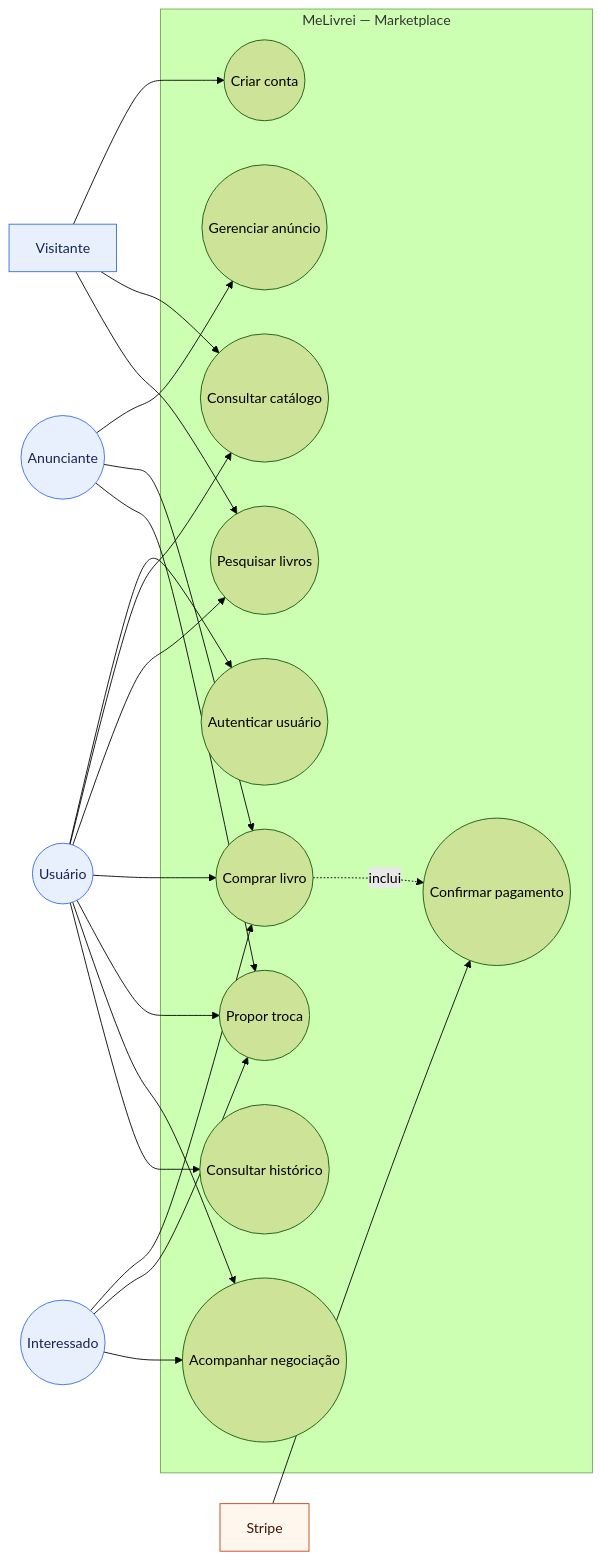
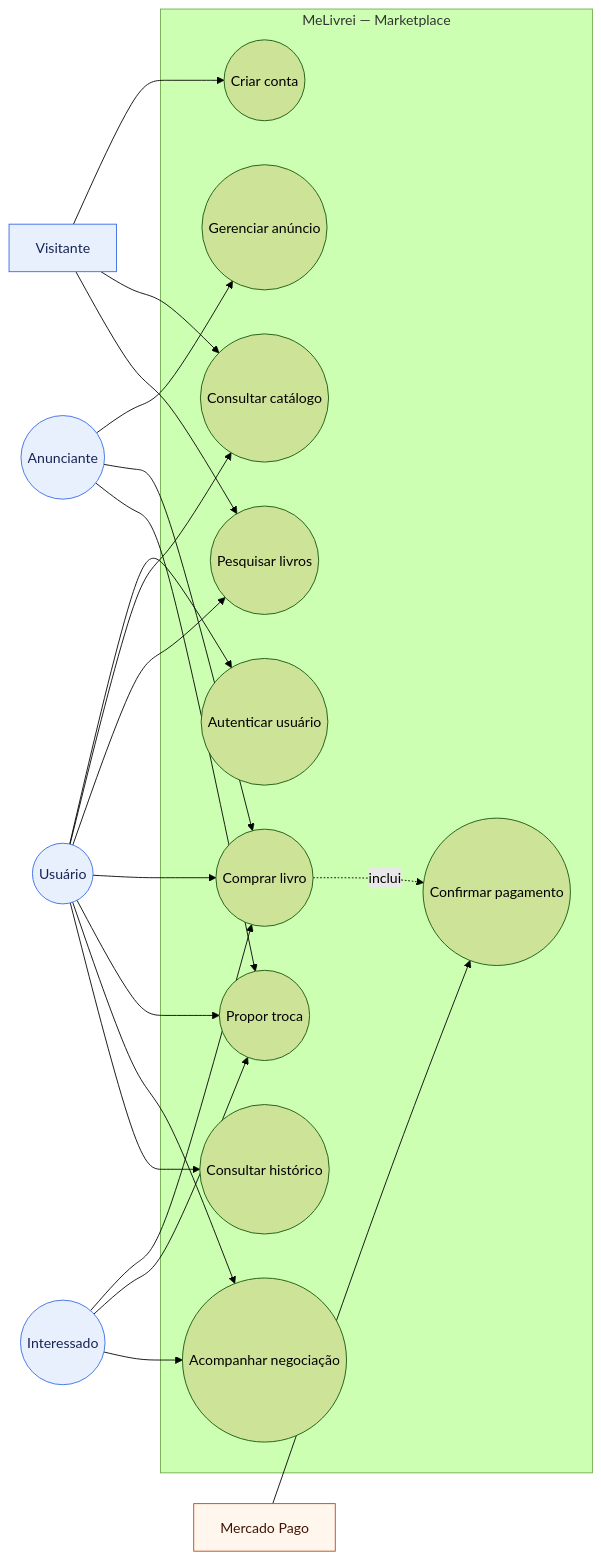
The diagram in docs/uml/casos-de-uso.md (BuysCode/melivrei), drawn with Mermaid (forest theme) before and after one commit. The commit also changed other lines of this file and 39 other files, not shown here.

First line of the commit message:
feat(payments): migrate to Mercado Pago and add preview checkout

````diff
--- a/docs/uml/casos-de-uso.md
+++ b/docs/uml/casos-de-uso.md
@@ -3,45 +3,45 @@
 ```mermaid
 flowchart LR
     visitante[Visitante]
     usuario((Usuário))
     anunciante((Anunciante))
     interessado((Interessado))
-    stripe[Stripe]
+    mercadoPago[Mercado Pago]
 
     subgraph sistema["MeLivrei — Marketplace"]
         UC01((Criar conta))
         UC02((Autenticar usuário))
         UC03((Gerenciar anúncio))
         UC04((Consultar catálogo))
         UC05((Pesquisar livros))
         UC06((Comprar livro))
         UC07((Propor troca))
         UC08((Confirmar pagamento))
         UC09((Acompanhar negociação))
         UC10((Consultar histórico))
     end
 
     visitante --> UC01
     visitante --> UC04
     visitante --> UC05
     usuario --> UC02
     usuario --> UC04
     usuario --> UC05
     usuario --> UC06
     usuario --> UC07
     usuario --> UC09
     usuario --> UC10
     anunciante --> UC03
     anunciante --> UC06
     anunciante --> UC07
     interessado --> UC06
     interessado --> UC07
     interessado --> UC09
     UC06 -.->|inclui| UC08
-    stripe --> UC08
+    mercadoPago --> UC08
 
     classDef actor fill:#e8f0fe,stroke:#356ae6,color:#172554,stroke-width:1px;
     classDef external fill:#fff7ed,stroke:#c2410c,color:#431407,stroke-width:1px;
     class visitante,usuario,anunciante,interessado actor;
-    class stripe external;
+    class mercadoPago external;
 ```
````
